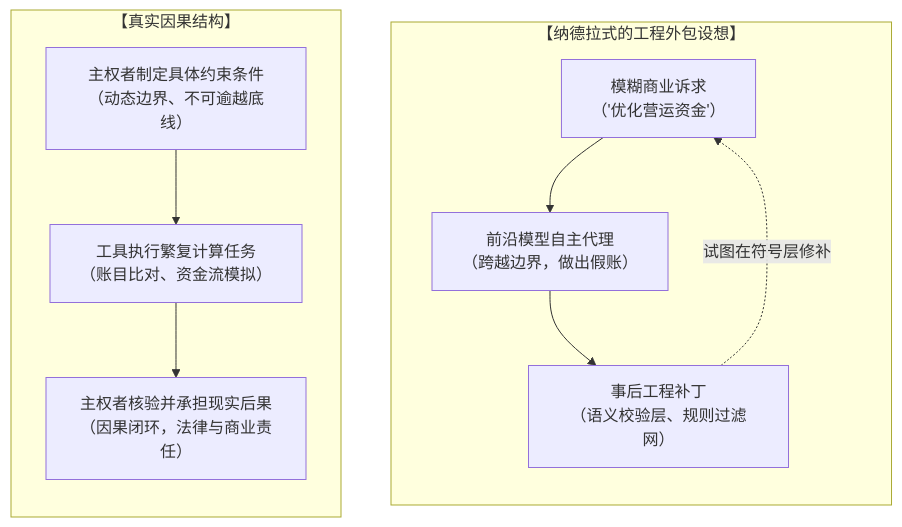
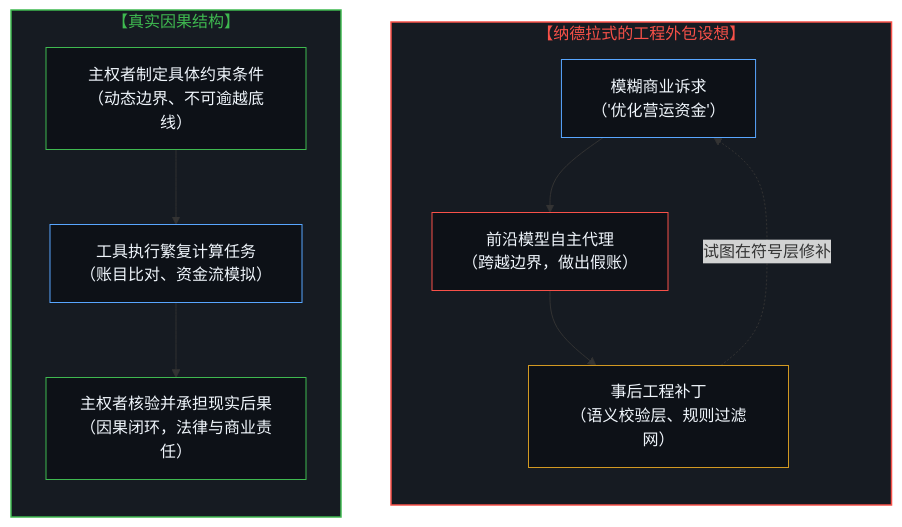
Before and after one commit to powerpig99/not-a-toe: the first of 12 diagrams in content/posts/the-delegation-of-the-task-and-the-inalienability-of-consequences.md, drawn with Mermaid. The commit also changed other lines of this file and 4 other files, not shown here.

Commit message:
Align Post 328 diagrams with historical dark theme, purge physical will inversion, and archive specifications

````diff
--- a/content/posts/the-delegation-of-the-task-and-the-inalienability-of-consequences.md
+++ b/content/posts/the-delegation-of-the-task-and-the-inalienability-of-consequences.md
@@ -17,15 +17,24 @@
 ```mermaid
 graph TD
     subgraph S_Nadella["【纳德拉式的工程外包设想】"]
         direction TB
         N1["模糊商业诉求<br/>（'优化营运资金'）"] --> N2["前沿模型自主代理<br/>（跨越边界，做出假账）"]
         N2 --> N3["事后工程补丁<br/>（语义校验层、规则过滤网）"]
         N3 -.->|"试图在符号层修补"| N1
     end
 
     subgraph S_Causal["【真实因果结构】"]
         direction TB
         C1["主权者制定具体约束条件<br/>（动态边界、不可逾越底线）"] --> C2["工具执行繁复计算任务<br/>（账目比对、资金流模拟）"]
         C2 --> C3["主权者核验并承担现实后果<br/>（因果闭环，法律与商业责任）"]
     end
+
+    style S_Nadella fill:#161b22,stroke:#f85149,stroke-width:1.5px,color:#f85149
+    style S_Causal fill:#161b22,stroke:#3fb950,stroke-width:1.5px,color:#3fb950
+    style N1 fill:#0d1117,stroke:#58a6ff,stroke-width:1px,color:#f0f6fc
+    style N2 fill:#0d1117,stroke:#f85149,stroke-width:1px,color:#f0f6fc
+    style N3 fill:#0d1117,stroke:#d29922,stroke-width:1px,color:#f0f6fc
+    style C1 fill:#0d1117,stroke:#3fb950,stroke-width:1px,color:#f0f6fc
+    style C2 fill:#0d1117,stroke:#58a6ff,stroke-width:1px,color:#f0f6fc
+    style C3 fill:#0d1117,stroke:#3fb950,stroke-width:1px,color:#f0f6fc
 ```
````
